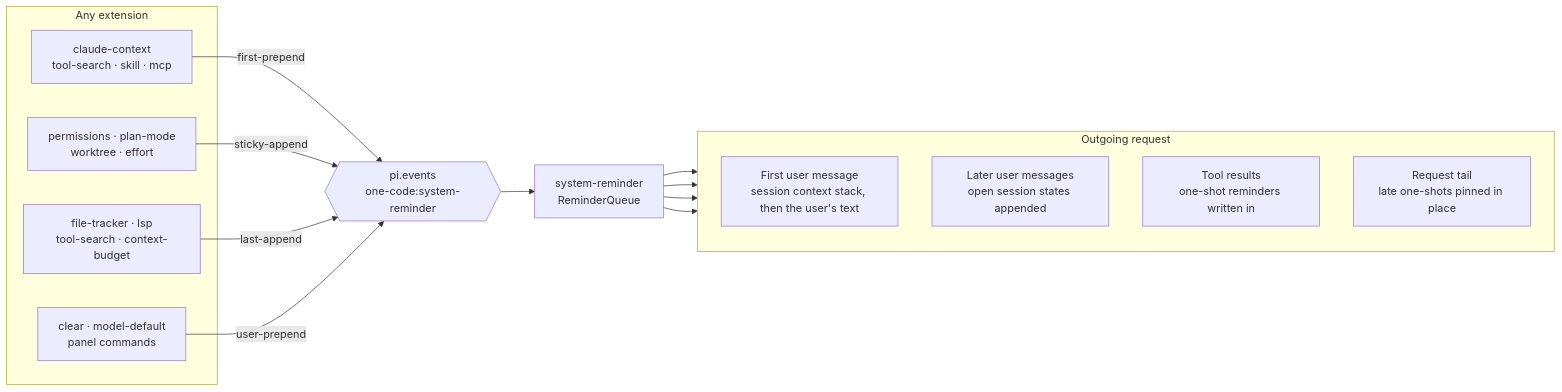
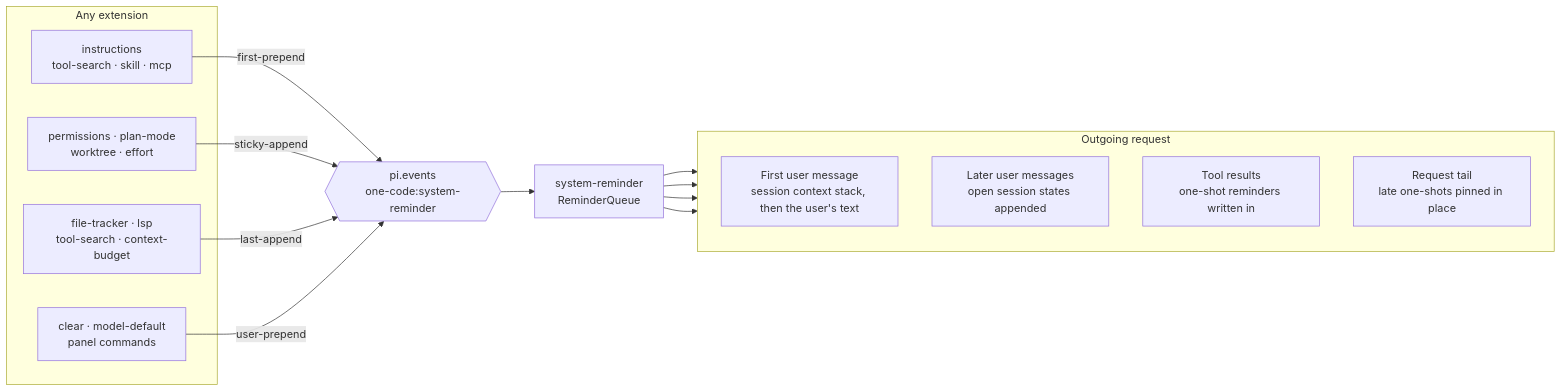
One commit to IsuruMaduranga/one-code changed the fifth of 7 diagrams in docs/dev/architecture.md. Above: the diagram before and after it, drawn with Mermaid. The commit also changed other lines of this file and 1 other file, not shown here.

````diff
--- a/docs/dev/architecture.md
+++ b/docs/dev/architecture.md
@@ -246,31 +246,31 @@
 ```mermaid
 flowchart LR
     subgraph emitters["Any extension"]
-        e1["claude-context<br/>tool-search · skill · mcp"]
+        e1["instructions<br/>tool-search · skill · mcp"]
         e2["permissions · plan-mode<br/>worktree · effort"]
         e3["file-tracker · lsp<br/>tool-search · context-budget"]
         e4["clear · model-default<br/>panel commands"]
     end
 
     bus{{"pi.events<br/>one-code:system-reminder"}}
     queue["system-reminder<br/>ReminderQueue"]
 
     e1 -->|"first-prepend"| bus
     e2 -->|"sticky-append"| bus
     e3 -->|"last-append"| bus
     e4 -->|"user-prepend"| bus
     bus --> queue
 
     subgraph req["Outgoing request"]
         direction TB
         m1["First user message<br/>session context stack, then the user's text"]
         mN["Later user messages<br/>open session states appended"]
         tr["Tool results<br/>one-shot reminders written in"]
         tail["Request tail<br/>late one-shots pinned in place"]
     end
 
     queue --> m1
     queue --> mN
     queue --> tr
     queue --> tail
 ```
````
